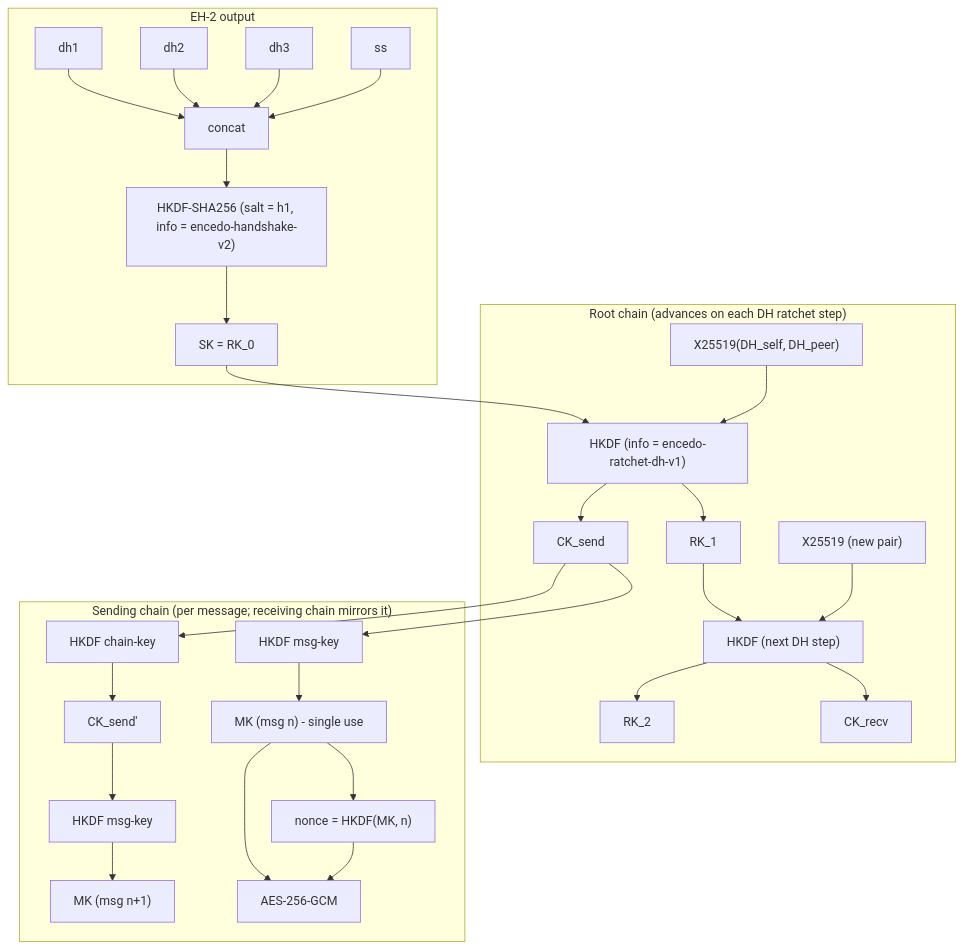
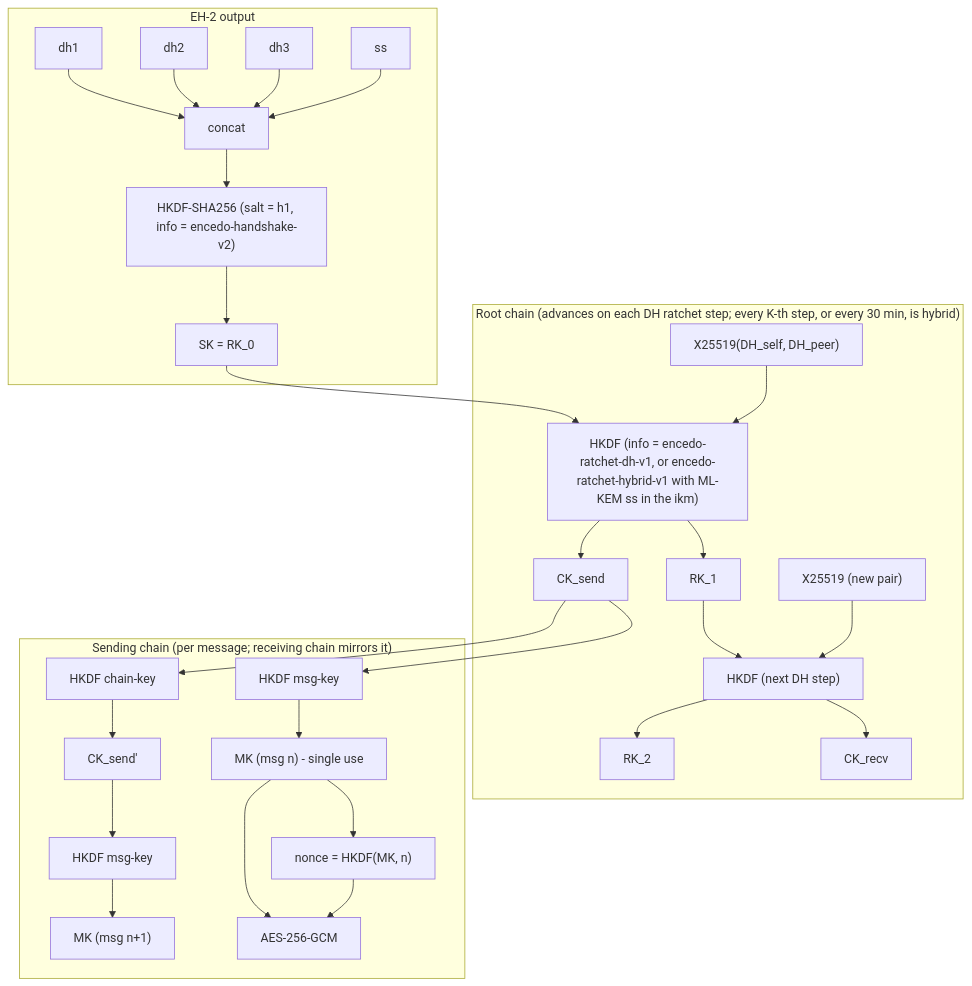
The third of 6 diagrams in docs/PROTOCOL.md (encedo/encedo-chat), drawn with Mermaid before and after one commit. The commit also changed other lines of this file and 11 other files, not shown here.

First line of the commit message:
ratchet: the hybrid step - ML-KEM-768 inside the Double Ratchet (7.2, closes S10)

````diff
--- a/docs/PROTOCOL.md
+++ b/docs/PROTOCOL.md
@@ -1095,31 +1105,31 @@
 ```mermaid
 flowchart TD
     subgraph EH2 ["EH-2 output"]
         dh1 --> CAT[concat]
         dh2 --> CAT
         dh3 --> CAT
         ss --> CAT
         CAT --> K0["HKDF-SHA256 (salt = h1, info = encedo-handshake-v2)"]
         K0 --> SK["SK = RK_0"]
     end
 
-    subgraph ROOT ["Root chain (advances on each DH ratchet step)"]
-        SK --> K1["HKDF (info = encedo-ratchet-dh-v1)"]
+    subgraph ROOT ["Root chain (advances on each DH ratchet step; every K-th step, or every 30 min, is hybrid)"]
+        SK --> K1["HKDF (info = encedo-ratchet-dh-v1, or encedo-ratchet-hybrid-v1 with ML-KEM ss in the ikm)"]
         DHa["X25519(DH_self, DH_peer)"] --> K1
         K1 --> RK1["RK_1"]
         K1 --> CKs["CK_send"]
         RK1 --> K2["HKDF (next DH step)"]
         DHb["X25519 (new pair)"] --> K2
         K2 --> RK2["RK_2"]
         K2 --> CKr["CK_recv"]
     end
 
     subgraph CHAIN ["Sending chain (per message; receiving chain mirrors it)"]
         CKs --> M1["HKDF msg-key"] --> MK1["MK (msg n) - single use"]
         CKs --> C1["HKDF chain-key"] --> CKs2["CK_send'"]
         CKs2 --> M2["HKDF msg-key"] --> MK2["MK (msg n+1)"]
         MK1 --> N1["nonce = HKDF(MK, n)"]
         MK1 --> AE1["AES-256-GCM"]
         N1 --> AE1
     end
 ```
````
